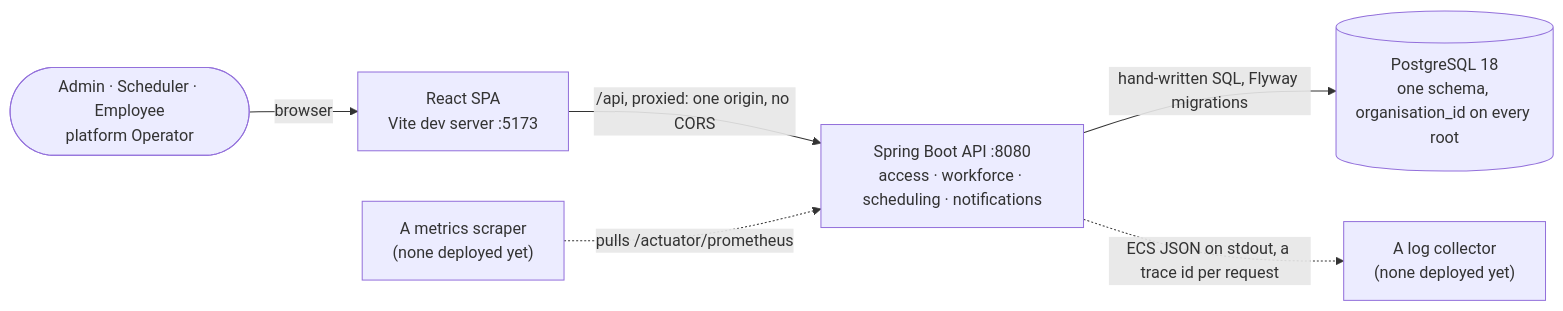
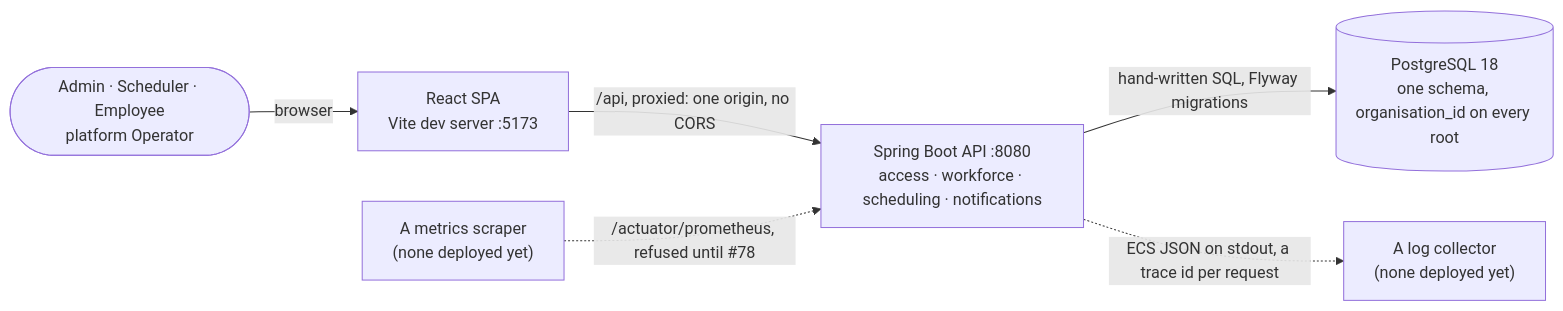
Before and after one commit to NaimElijah/HrSched: the first of 2 diagrams in README.md, drawn with Mermaid. The commit also changed other lines of this file and 8 other files, not shown here.

````diff
--- a/README.md
+++ b/README.md
@@ -16,15 +16,15 @@
 ```mermaid
 flowchart LR
     people(["Admin · Scheduler · Employee<br/>platform Operator"])
     spa["React SPA<br/>Vite dev server :5173"]
     api["Spring Boot API :8080<br/>access · workforce · scheduling · notifications"]
     db[("PostgreSQL 18<br/>one schema, organisation_id on every root")]
     scraper["A metrics scraper<br/>(none deployed yet)"]
     logs["A log collector<br/>(none deployed yet)"]
 
     people -->|browser| spa
     spa -->|"/api, proxied: one origin, no CORS"| api
     api -->|"hand-written SQL, Flyway migrations"| db
-    scraper -.->|"pulls /actuator/prometheus"| api
+    scraper -.->|"/actuator/prometheus, refused until #78"| api
     api -.->|"ECS JSON on stdout, a trace id per request"| logs
 ```
````
